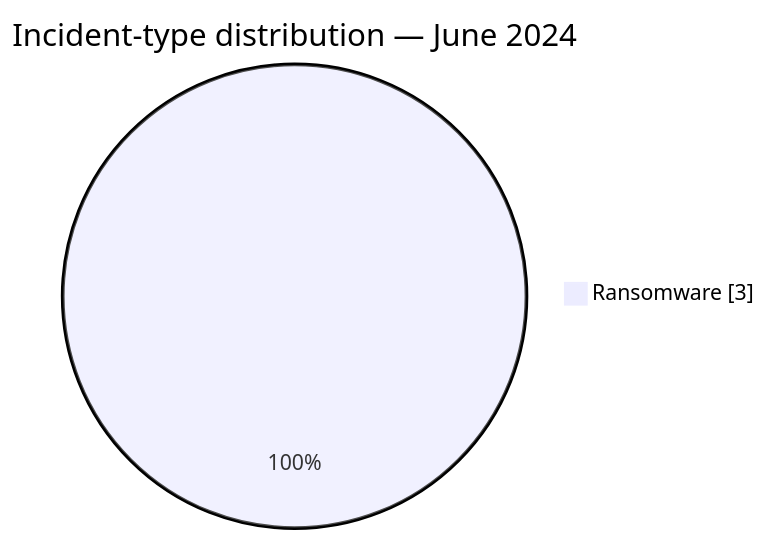
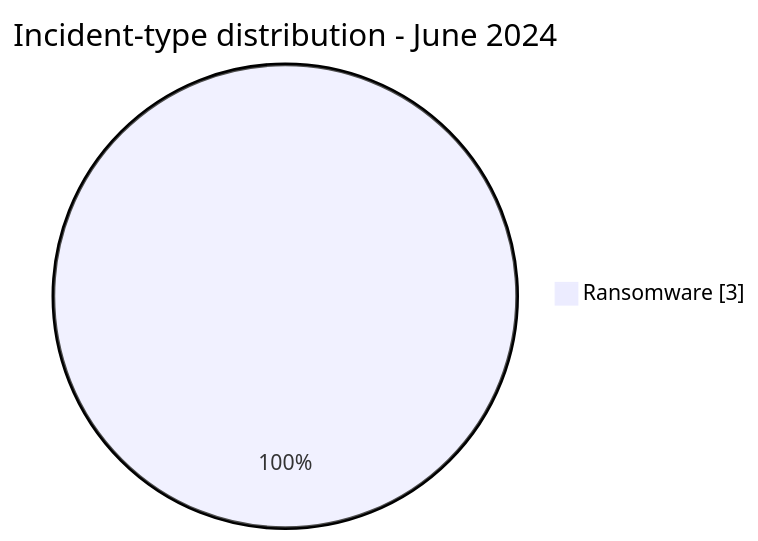
The second of 2 diagrams in CyberAttackAfrica/2024/06-june/README.md (Hatchepsoute/AFRINTEL), drawn with Mermaid before and after one commit. The commit also changed other lines of this file and 182 other files, not shown here.

````diff
--- a/CyberAttackAfrica/2024/06-june/README.md
+++ b/CyberAttackAfrica/2024/06-june/README.md
@@ -48,5 +48,5 @@
 ```mermaid
 pie showData
-    title Incident-type distribution — June 2024
+    title Incident-type distribution - June 2024
     "Ransomware" : 3
 ```
````
